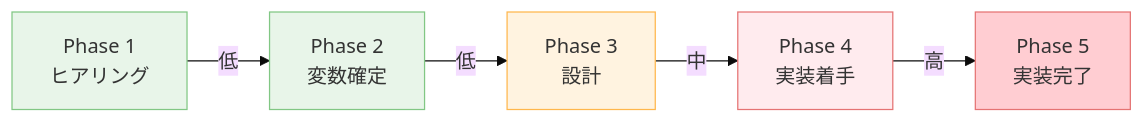
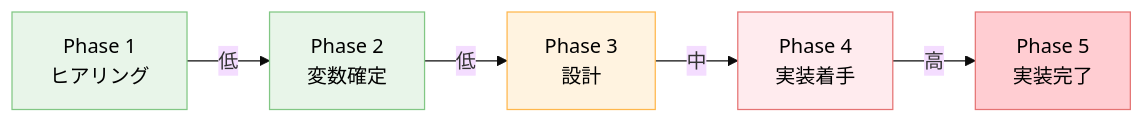
One commit to dinekt/dinekt-wiki changed the second of 2 diagrams in docs/concepts/drift-detection-実装が意図から乖離する現象を検出する.md. Above: the diagram before and after it, drawn with Mermaid (base theme). The commit also changed other lines of this file and 71 other files, not shown here.

First line of the commit message:
fix: mermaid readability + remove GitHub repo toolbar

````diff
--- a/docs/concepts/drift-detection-実装が意図から乖離する現象を検出する.md
+++ b/docs/concepts/drift-detection-実装が意図から乖離する現象を検出する.md
@@ -54,13 +54,13 @@
 ```mermaid
 flowchart LR
     P1[Phase 1<br/>ヒアリング] -->|低| P2[Phase 2<br/>変数確定]
     P2 -->|低| P3[Phase 3<br/>設計]
     P3 -->|中| P4[Phase 4<br/>実装着手]
     P4 -->|高| P5[Phase 5<br/>実装完了]
 
-    style P1 fill:#e8f5e9,stroke:#81c784
-    style P2 fill:#e8f5e9,stroke:#81c784
-    style P3 fill:#fff3e0,stroke:#ffb74d
-    style P4 fill:#ffebee,stroke:#e57373
-    style P5 fill:#ffcdd2,stroke:#e57373
+    style P1 fill:#e8f5e9,stroke:#81c784,color:#000
+    style P2 fill:#e8f5e9,stroke:#81c784,color:#000
+    style P3 fill:#fff3e0,stroke:#ffb74d,color:#000
+    style P4 fill:#ffebee,stroke:#e57373,color:#000
+    style P5 fill:#ffcdd2,stroke:#e57373,color:#000
 ```
````
